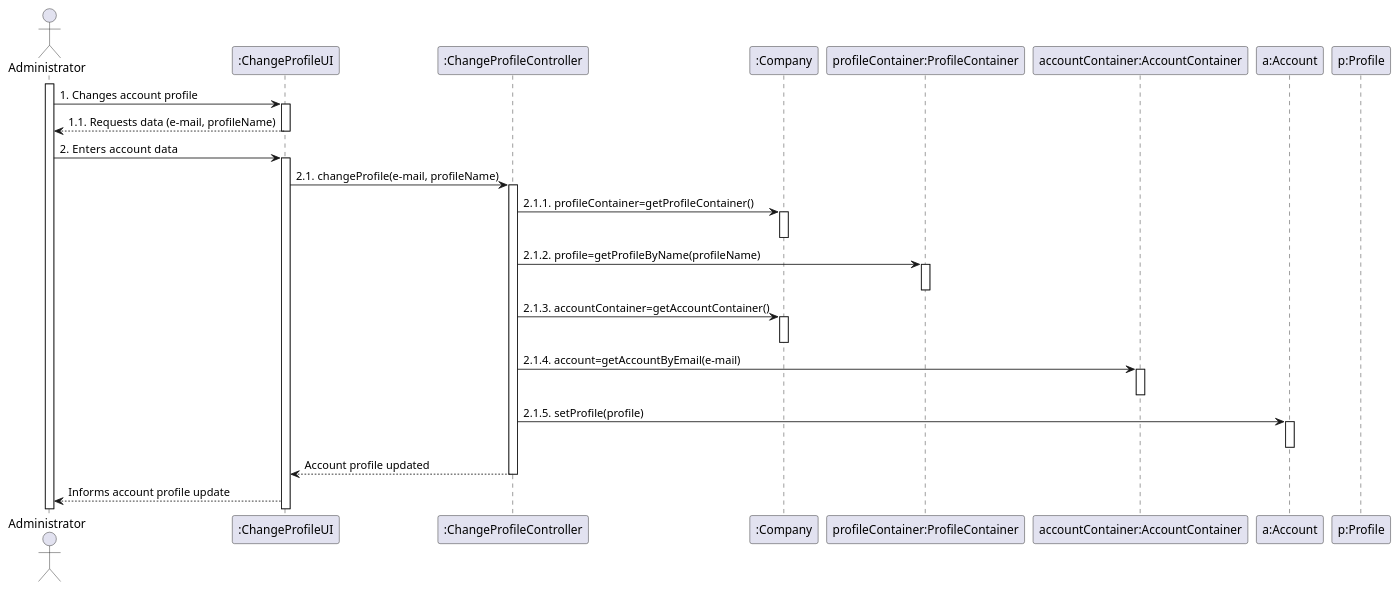
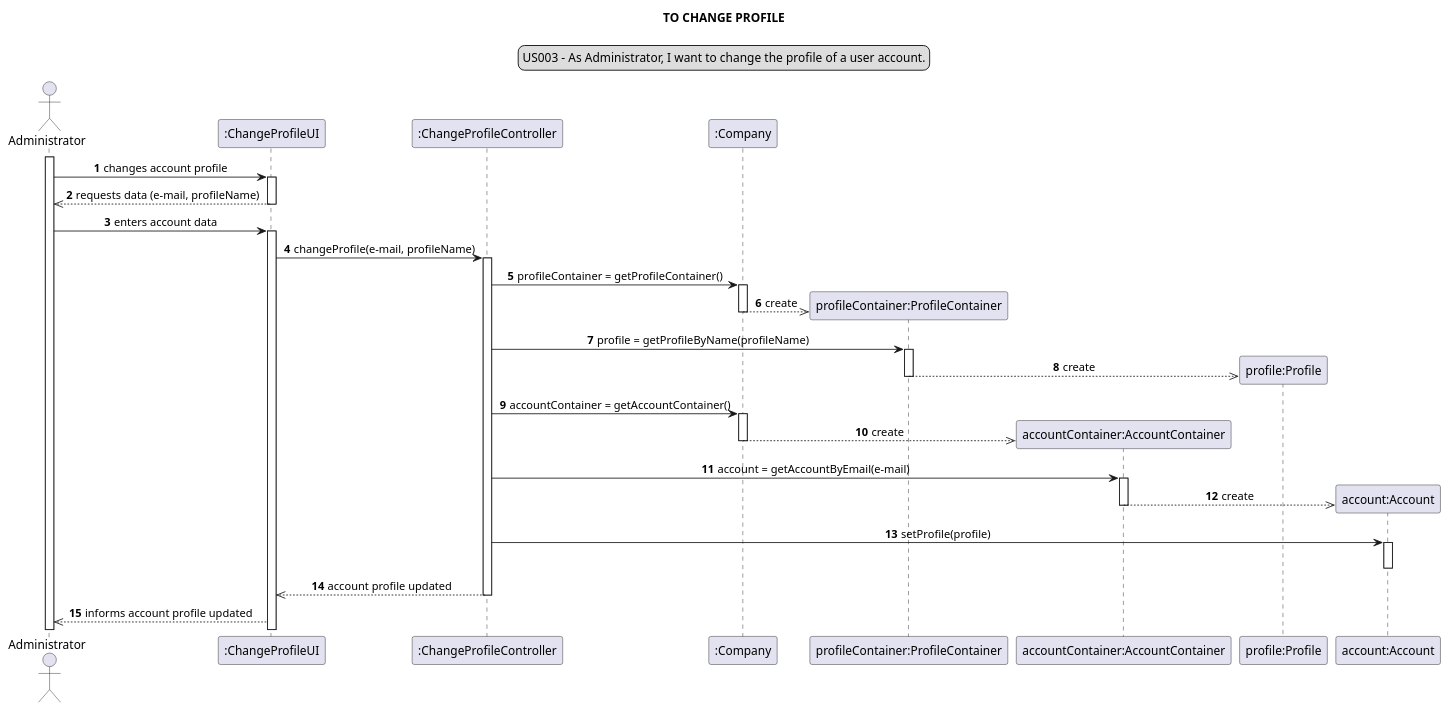
One commit to Loracline/project_switch_22-23 changed the diagram in docs/modelling_design/user_stories/us003/US003_Sequence_Diagram.puml. Above: the diagram before and after it, drawn with PlantUML. The commit also changed 10 other files, not shown here.

Commit message:
US001 - US006 : Design : Updated Sequence Diagram. Refined AccountContainer.java , ChangeStatusController.java, Company.java, CompanyTest.java and ProfileContainer.java.

```diff
--- a/docs/modelling_design/user_stories/us003/US003_Sequence_Diagram.puml
+++ b/docs/modelling_design/user_stories/us003/US003_Sequence_Diagram.puml
@@ -1,41 +1,56 @@
 @startuml
 
-
+skinparam sequenceMessageAlign center
+title TO CHANGE PROFILE
+legend top
+US003 - As Administrator, I want to change the profile of a user account.
+end legend
+autonumber
 actor Administrator
 participant ":ChangeProfileUI" as ui
 participant ":ChangeProfileController" as controller
 participant ":Company" as company
 participant "profileContainer:ProfileContainer" as pcontainer
 participant "accountContainer:AccountContainer" as acontainer
-participant "a:Account" as account
-participant "p:Profile" as pprofile
+participant "profile:Profile" as pprofile
+participant "account:Account" as account
+
 
 activate Administrator
-Administrator -> ui: 1. Changes account profile
+Administrator -> ui: changes account profile
 activate ui
-Administrator <-- ui: 1.1. Requests data (e-mail, profileName)
+Administrator <<-- ui: requests data (e-mail, profileName)
 deactivate ui
-Administrator -> ui: 2.  Enters account data
+Administrator -> ui: enters account data
 activate ui
-ui -> controller: 2.1. changeProfile(e-mail, profileName)
+ui -> controller: changeProfile(e-mail, profileName)
 activate controller
-controller -> company: 2.1.1. profileContainer=getProfileContainer()
+controller -> company: profileContainer = getProfileContainer()
 activate company
+create pcontainer
+company -->> pcontainer : create
 deactivate company
-controller -> pcontainer: 2.1.2. profile=getProfileByName(profileName)
+controller -> pcontainer: profile = getProfileByName(profileName)
 activate pcontainer
+create pprofile
+pcontainer -->> pprofile: create
 deactivate pcontainer
-controller-> company: 2.1.3. accountContainer=getAccountContainer()
+controller-> company: accountContainer = getAccountContainer()
 activate company
+create acontainer
+company -->> acontainer: create
 deactivate company
-controller -> acontainer: 2.1.4. account=getAccountByEmail(e-mail)
+controller -> acontainer: account = getAccountByEmail(e-mail)
 activate acontainer
+create account
+acontainer -->> account: create
 deactivate acontainer
-controller -> account: 2.1.5. setProfile(profile)
+controller -> account: setProfile(profile)
 activate account
 deactivate account
-controller --> ui: Account profile updated
+controller -->> ui: account profile updated
 deactivate controller
-ui --> Administrator: Informs account profile update
+ui -->> Administrator: informs account profile updated
+
 
 @enduml
```
